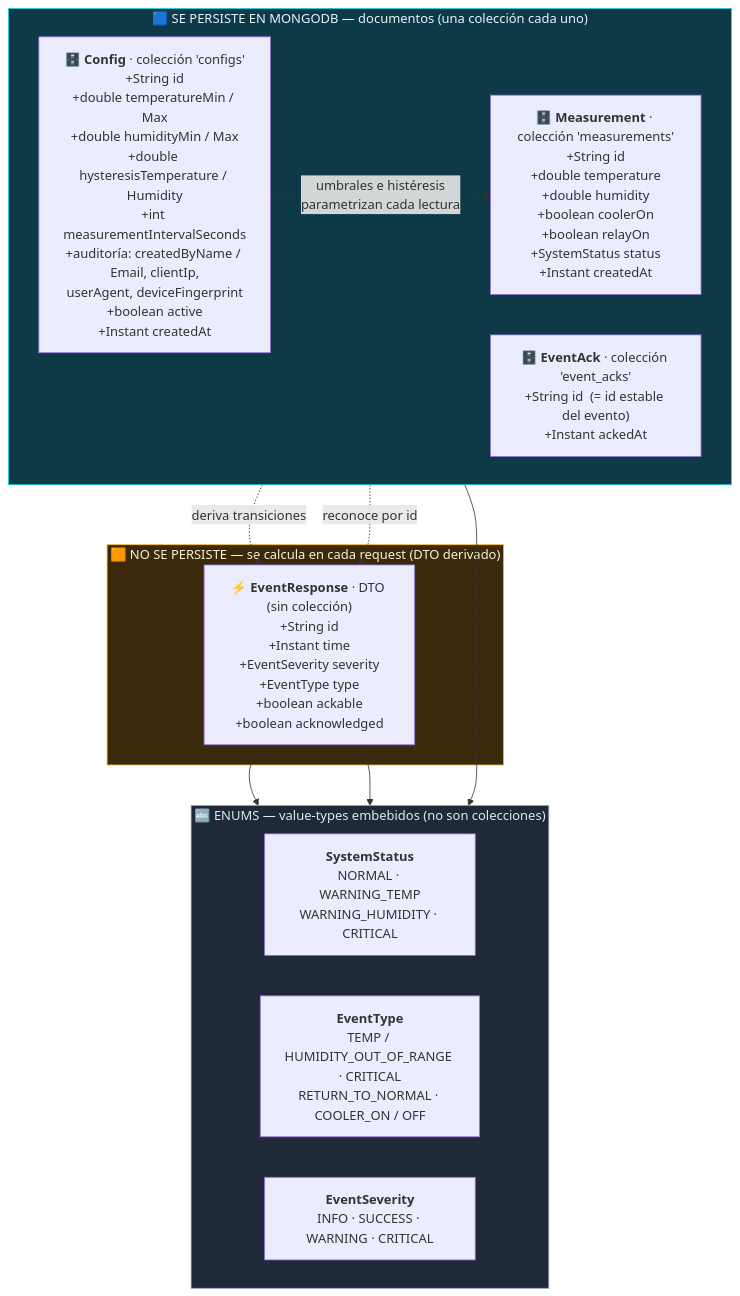
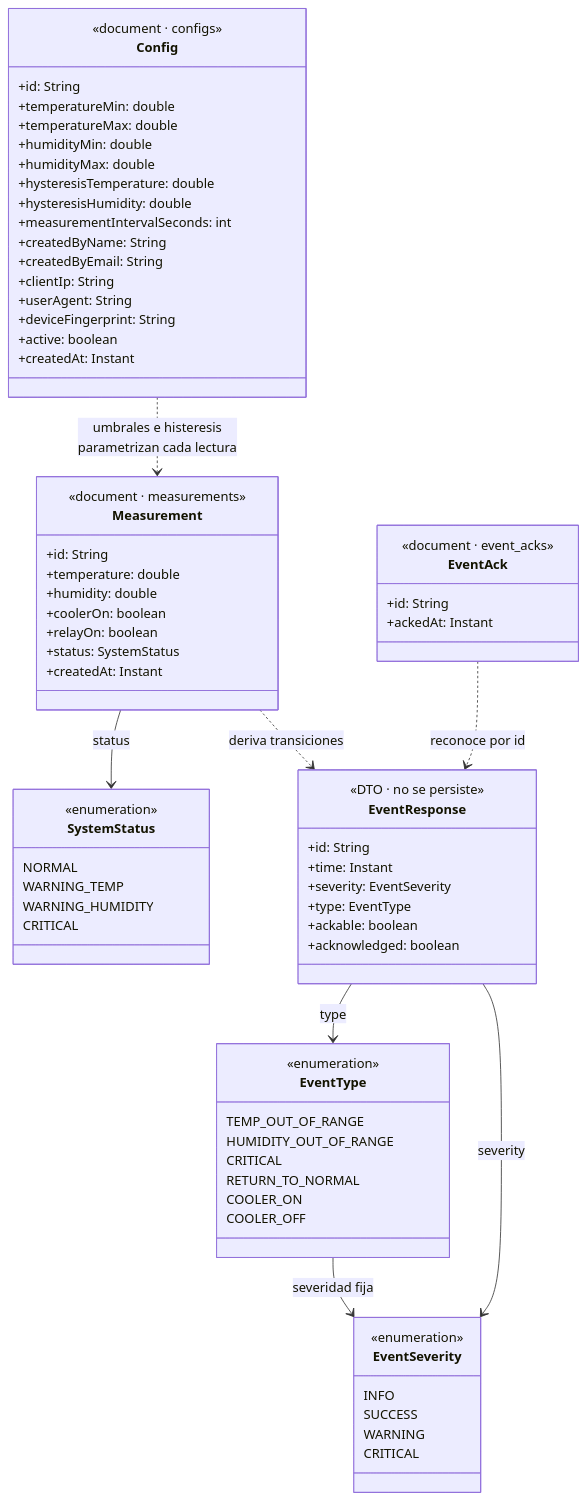
One commit to andinogabriel/plc-control-backend changed the tenth of 11 diagrams in README.md. Above: the diagram before and after it, drawn with Mermaid. The commit also changed other lines of this file, not shown here.

Commit message:
docs(readme): data-model as proper UML class diagram (name: Type attrs, document/DTO stereotypes)

````diff
--- a/README.md
+++ b/README.md
@@ -485,31 +486,76 @@
 ```mermaid
-flowchart TB
-    subgraph persist["🟦 SE PERSISTE EN MONGODB — documentos (una colección cada uno)"]
-        direction LR
-        Config["🗄️ <b>Config</b> · colección 'configs'<br/>+String id<br/>+double temperatureMin / Max<br/>+double humidityMin / Max<br/>+double hysteresisTemperature / Humidity<br/>+int measurementIntervalSeconds<br/>+auditoría: createdByName / Email, clientIp,<br/>userAgent, deviceFingerprint<br/>+boolean active<br/>+Instant createdAt"]
-        Measurement["🗄️ <b>Measurement</b> · colección 'measurements'<br/>+String id<br/>+double temperature<br/>+double humidity<br/>+boolean coolerOn<br/>+boolean relayOn<br/>+SystemStatus status<br/>+Instant createdAt"]
-        EventAck["🗄️ <b>EventAck</b> · colección 'event_acks'<br/>+String id  (= id estable del evento)<br/>+Instant ackedAt"]
-    end
+classDiagram
+    class Config {
+        <<document · configs>>
+        +id: String
+        +temperatureMin: double
+        +temperatureMax: double
+        +humidityMin: double
+        +humidityMax: double
+        +hysteresisTemperature: double
+        +hysteresisHumidity: double
+        +measurementIntervalSeconds: int
+        +createdByName: String
+        +createdByEmail: String
+        +clientIp: String
+        +userAgent: String
+        +deviceFingerprint: String
+        +active: boolean
+        +createdAt: Instant
+    }
+    class Measurement {
+        <<document · measurements>>
+        +id: String
+        +temperature: double
+        +humidity: double
+        +coolerOn: boolean
+        +relayOn: boolean
+        +status: SystemStatus
+        +createdAt: Instant
+    }
+    class EventAck {
+        <<document · event_acks>>
+        +id: String
+        +ackedAt: Instant
+    }
+    class EventResponse {
+        <<DTO · no se persiste>>
+        +id: String
+        +time: Instant
+        +severity: EventSeverity
+        +type: EventType
+        +ackable: boolean
+        +acknowledged: boolean
+    }
+    class SystemStatus {
+        <<enumeration>>
+        NORMAL
+        WARNING_TEMP
+        WARNING_HUMIDITY
+        CRITICAL
+    }
+    class EventType {
+        <<enumeration>>
+        TEMP_OUT_OF_RANGE
+        HUMIDITY_OUT_OF_RANGE
+        CRITICAL
+        RETURN_TO_NORMAL
+        COOLER_ON
+        COOLER_OFF
+    }
+    class EventSeverity {
+        <<enumeration>>
+        INFO
+        SUCCESS
+        WARNING
+        CRITICAL
+    }
 
-    subgraph derived["🟧 NO SE PERSISTE — se calcula en cada request (DTO derivado)"]
-        EventResponse["⚡ <b>EventResponse</b> · DTO (sin colección)<br/>+String id<br/>+Instant time<br/>+EventSeverity severity<br/>+EventType type<br/>+boolean ackable<br/>+boolean acknowledged"]
-    end
-
-    subgraph enums["🔤 ENUMS — value-types embebidos (no son colecciones)"]
-        direction LR
-        SystemStatus["<b>SystemStatus</b><br/>NORMAL · WARNING_TEMP<br/>WARNING_HUMIDITY · CRITICAL"]
-        EventType["<b>EventType</b><br/>TEMP / HUMIDITY_OUT_OF_RANGE · CRITICAL<br/>RETURN_TO_NORMAL · COOLER_ON / OFF"]
-        EventSeverity["<b>EventSeverity</b><br/>INFO · SUCCESS · WARNING · CRITICAL"]
-    end
-
-    Config -. "umbrales e histéresis<br/>parametrizan cada lectura" .-> Measurement
-    Measurement -. "deriva transiciones" .-> EventResponse
-    EventAck -. "reconoce por id" .-> EventResponse
-    Measurement --> SystemStatus
-    EventResponse --> EventType
-    EventResponse --> EventSeverity
-
-    style persist fill:#0e3a47,stroke:#22d3ee,color:#e2f6fb
-    style derived fill:#3a2a0b,stroke:#fbbf24,color:#fdf0d5
-    style enums fill:#1f2937,stroke:#94a3b8,color:#e2e8f0
+    Config ..> Measurement : umbrales e histeresis<br/>parametrizan cada lectura
+    Measurement --> SystemStatus : status
+    Measurement ..> EventResponse : deriva transiciones
+    EventAck ..> EventResponse : reconoce por id
+    EventResponse --> EventType : type
+    EventResponse --> EventSeverity : severity
+    EventType --> EventSeverity : severidad fija
 ```
````
